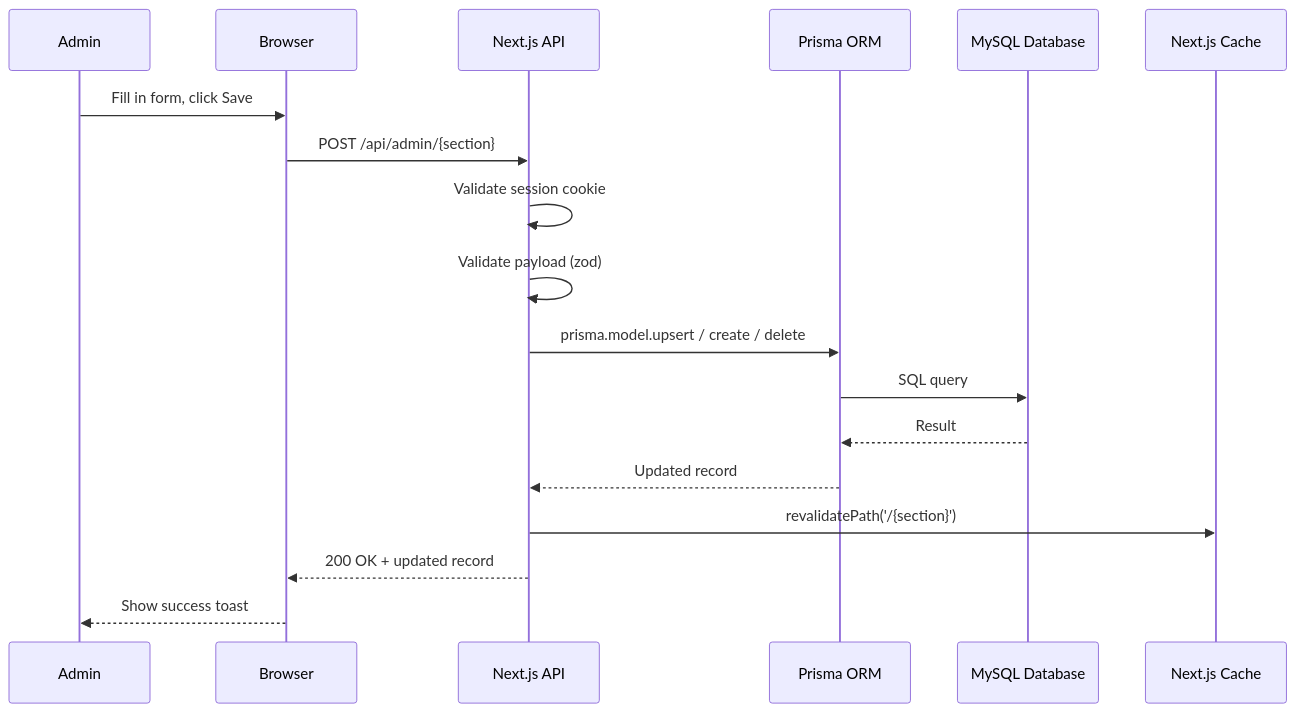
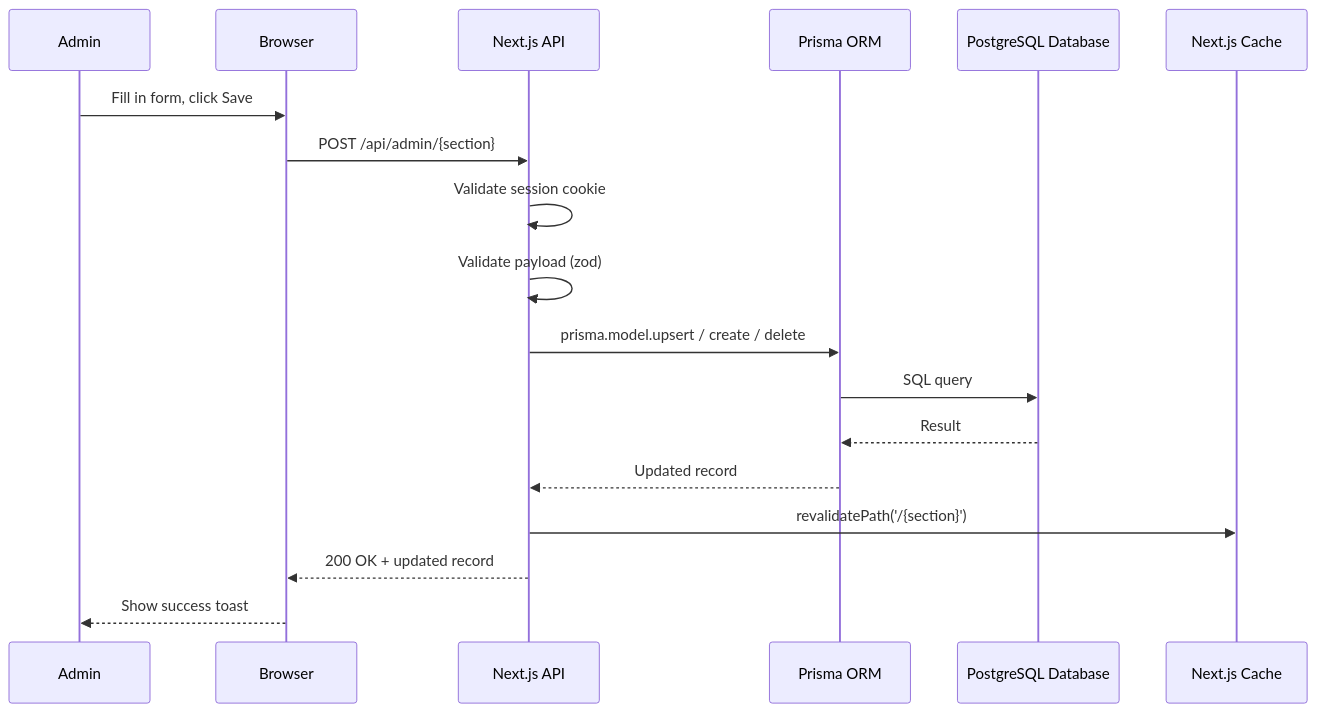
Before and after one commit to masalagosimon442-dotcom/Mbita-emmanuel: the second of 3 diagrams in .kiro/specs/professor-personal-website/design.md, drawn with Mermaid. The commit also changed other lines of this file and 78 other files, not shown here.

````diff
--- a/.kiro/specs/professor-personal-website/design.md
+++ b/.kiro/specs/professor-personal-website/design.md
@@ -502,21 +502,21 @@
 ```mermaid
 sequenceDiagram
     participant Admin
     participant Browser
     participant NextAPI as Next.js API
     participant Prisma as Prisma ORM
-    participant DB as MySQL Database
+    participant DB as PostgreSQL Database
     participant Cache as Next.js Cache
 
     Admin->>Browser: Fill in form, click Save
     Browser->>NextAPI: POST /api/admin/{section}
     NextAPI->>NextAPI: Validate session cookie
     NextAPI->>NextAPI: Validate payload (zod)
     NextAPI->>Prisma: prisma.model.upsert / create / delete
     Prisma->>DB: SQL query
     DB-->>Prisma: Result
     Prisma-->>NextAPI: Updated record
     NextAPI->>Cache: revalidatePath('/{section}')
     NextAPI-->>Browser: 200 OK + updated record
     Browser-->>Admin: Show success toast
 ```
````
